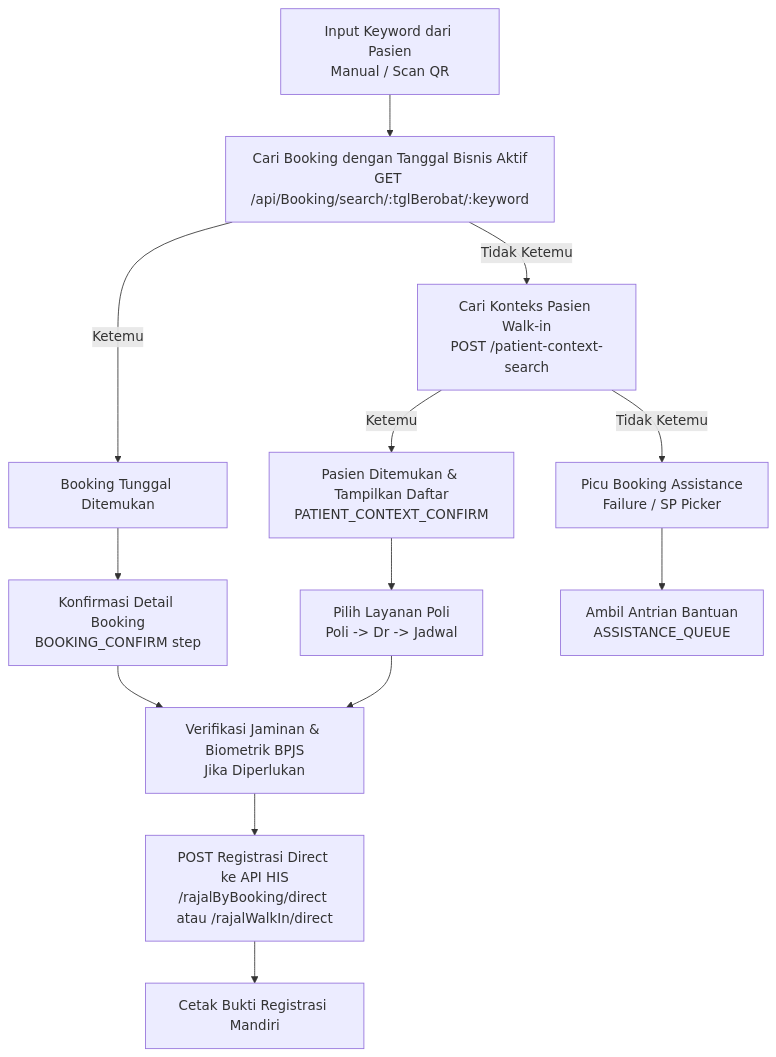
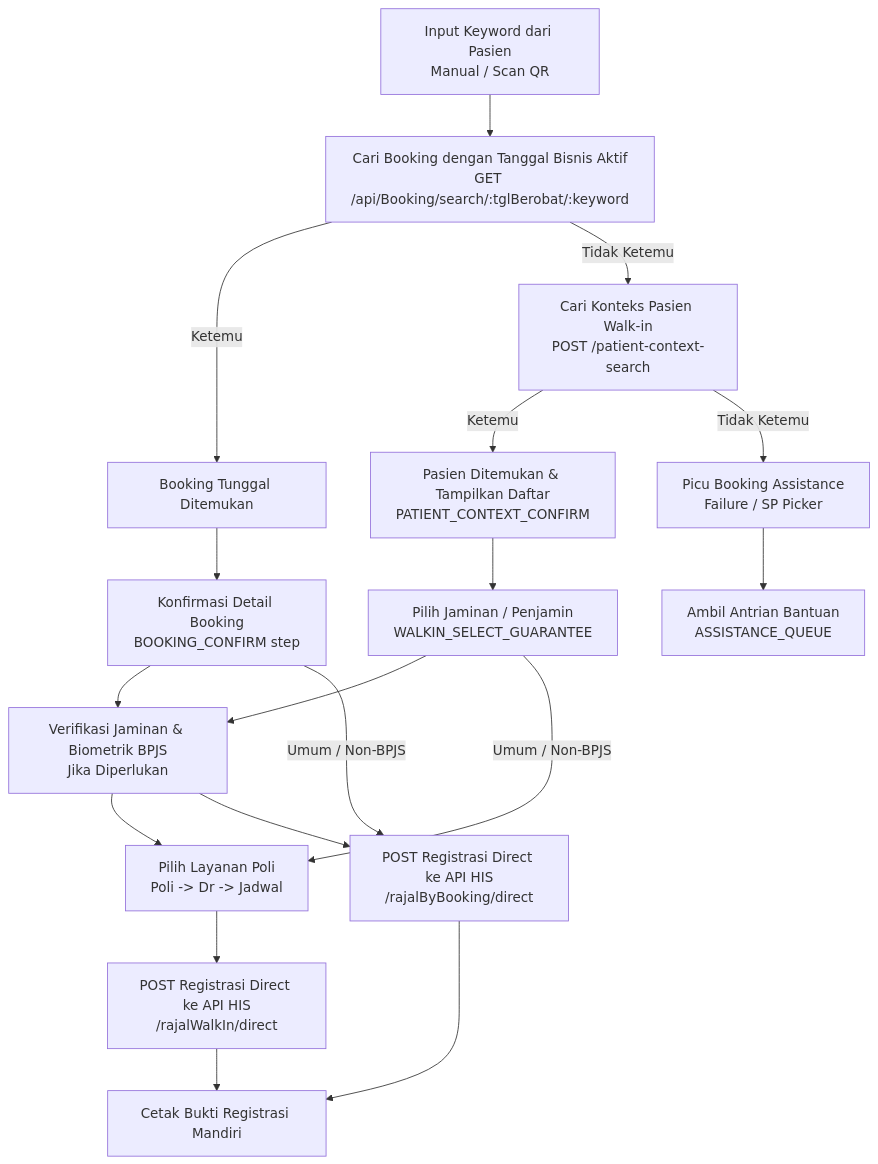
The first of 6 diagrams in docs/architecture/2026-08-03-kiosk-self-registration.md (smart-ics/c013-kiosk-queue-display-web), drawn with Mermaid before and after one commit. The commit also changed other lines of this file and 10 other files, not shown here.

First line of the commit message:
feat(kiosk-web): implement BPJS rujukan/skdp selection flow and deep patient search (#10)

````diff
--- a/docs/architecture/2026-08-03-kiosk-self-registration.md
+++ b/docs/architecture/2026-08-03-kiosk-self-registration.md
@@ -13,21 +13,28 @@
 ```mermaid
 graph TD
     INPUT["Input Keyword dari Pasien<br/>Manual / Scan QR"] --> SEARCH_BOOK["Cari Booking dengan Tanggal Bisnis Aktif<br/>GET /api/Booking/search/:tglBerobat/:keyword"]
     
     SEARCH_BOOK -->|Ketemu| BOOK_FOUND["Booking Tunggal Ditemukan"]
     SEARCH_BOOK -->|Tidak Ketemu| SEARCH_PATIENT["Cari Konteks Pasien Walk-in<br/>POST /patient-context-search"]
     
     BOOK_FOUND --> BOOK_CONFIRM["Konfirmasi Detail Booking<br/>BOOKING_CONFIRM step"]
     
     SEARCH_PATIENT -->|Ketemu| PATIENT_FOUND["Pasien Ditemukan & Tampilkan Daftar<br/>PATIENT_CONTEXT_CONFIRM"]
     SEARCH_PATIENT -->|Tidak Ketemu| BOOK_ASSIST["Picu Booking Assistance<br/>Failure / SP Picker"]
     
-    PATIENT_FOUND --> SELECT_SERVICE["Pilih Layanan Poli<br/>Poli -> Dr -> Jadwal"]
+    PATIENT_FOUND --> SELECT_GUARANTEE["Pilih Jaminan / Penjamin<br/>WALKIN_SELECT_GUARANTEE"]
     BOOK_ASSIST --> ASSIST_QUEUE["Ambil Antrian Bantuan<br/>ASSISTANCE_QUEUE"]
     
     BOOK_CONFIRM --> ELIGIBILITY["Verifikasi Jaminan & Biometrik BPJS<br/>Jika Diperlukan"]
-    SELECT_SERVICE --> ELIGIBILITY
+    SELECT_GUARANTEE --> ELIGIBILITY
     
-    ELIGIBILITY --> REG_DIRECT["POST Registrasi Direct ke API HIS<br/>/rajalByBooking/direct atau /rajalWalkIn/direct"]
+    ELIGIBILITY --> SELECT_SERVICE["Pilih Layanan Poli<br/>Poli -> Dr -> Jadwal"]
+    SELECT_GUARANTEE -->|Umum / Non-BPJS| SELECT_SERVICE
+    
+    SELECT_SERVICE --> REG_DIRECT["POST Registrasi Direct ke API HIS<br/>/rajalWalkIn/direct"]
+    BOOK_CONFIRM -->|Umum / Non-BPJS| REG_DIRECT_BOOK["POST Registrasi Direct ke API HIS<br/>/rajalByBooking/direct"]
+    ELIGIBILITY --> REG_DIRECT_BOOK
+    
     REG_DIRECT --> PRINT_RECEIPT["Cetak Bukti Registrasi Mandiri"]
+    REG_DIRECT_BOOK --> PRINT_RECEIPT
 ```
````
